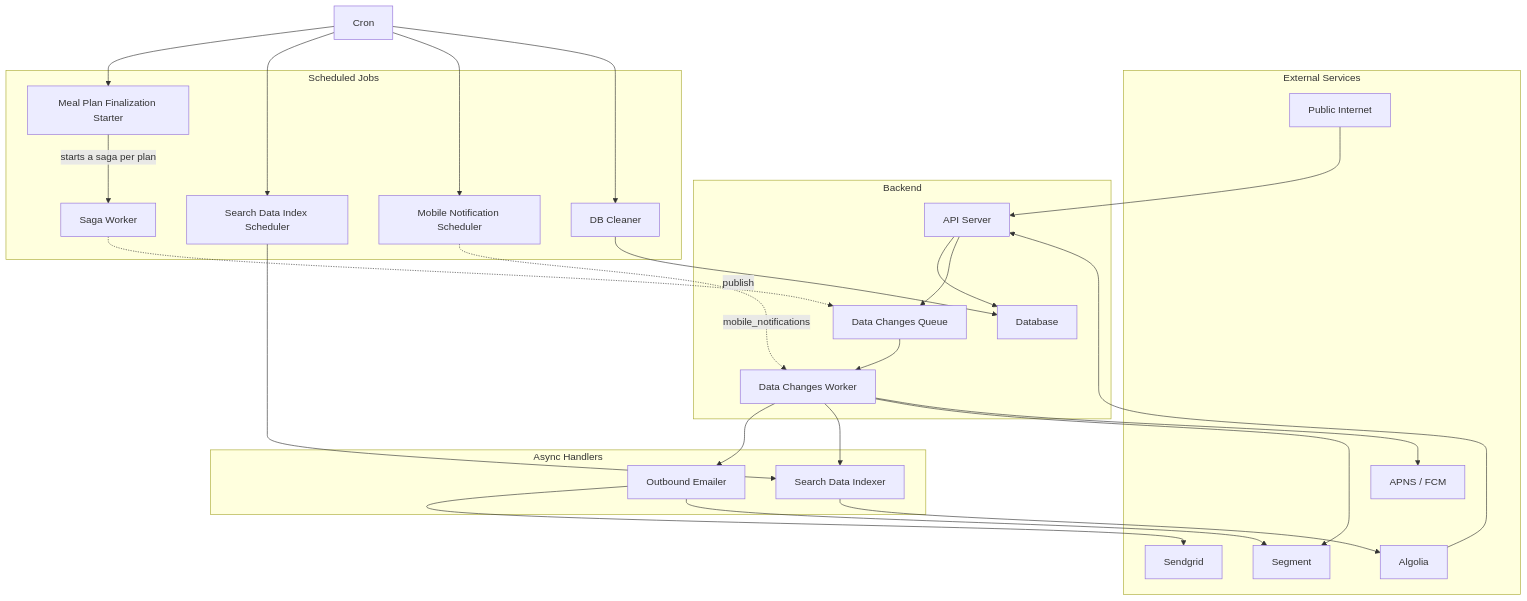
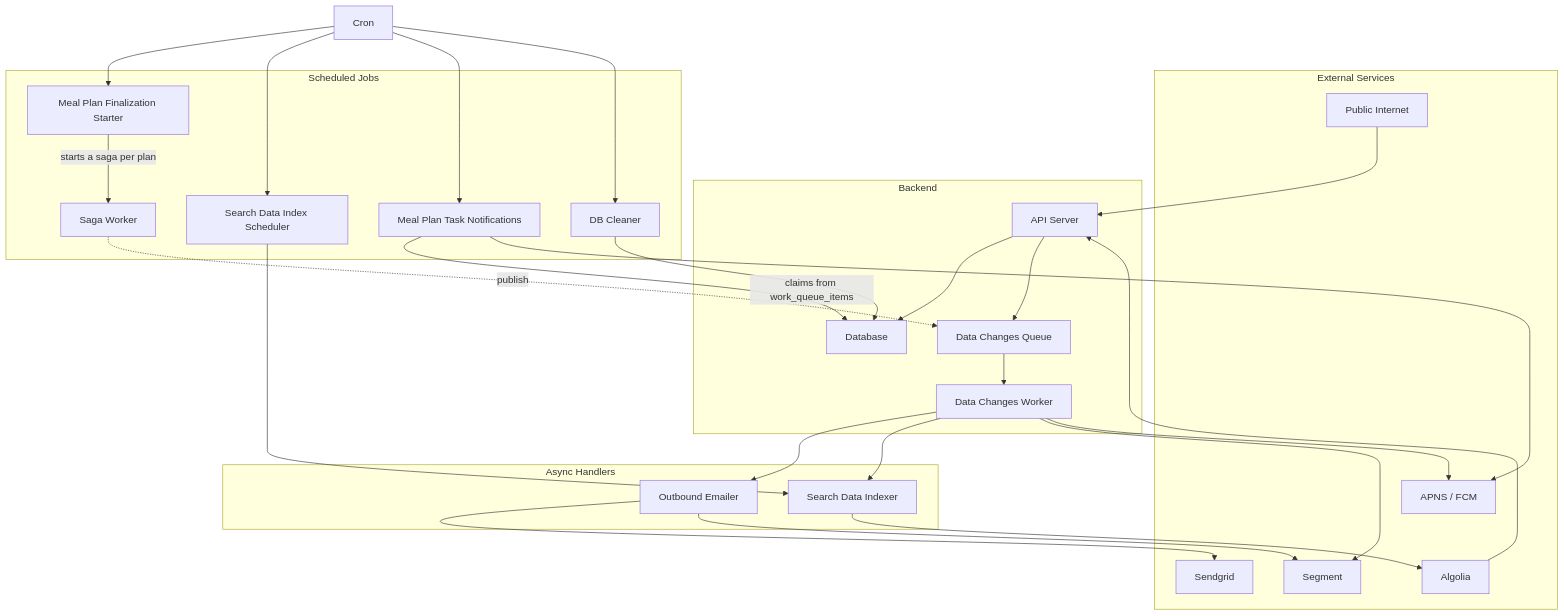
Before and after one commit to primandproper/dinnerdonebetter: the diagram in backend/README.md, drawn with Mermaid. The commit also changed 42 other files, not shown here.

Commit message:
Adopt workqueue for meal plan task notifications (#1402)

````diff
--- a/backend/README.md
+++ b/backend/README.md
@@ -104,56 +104,57 @@
 ```mermaid
 flowchart TB
     subgraph External["External Services"]
         PublicInternet["Public Internet"]
         Sendgrid["Sendgrid"]
         Segment["Segment"]
         Algolia["Algolia"]
         APNS["APNS / FCM"]
     end
 
     subgraph Backend["Backend"]
         APIServer["API Server"]
         Database["Database"]
         DataChangesQueue["Data Changes Queue"]
         DataChangesWorker["Data Changes Worker"]
     end
 
     subgraph CronJobs["Scheduled Jobs"]
         MealPlanFinalizationStarter["Meal Plan Finalization Starter"]
         SagaWorker["Saga Worker"]
         SearchDataIndexScheduler["Search Data Index Scheduler"]
-        MobileNotificationScheduler["Mobile Notification Scheduler"]
+        MealPlanTaskNotifications["Meal Plan Task Notifications"]
         DBCleaner["DB Cleaner"]
     end
 
     subgraph AsyncHandlers["Async Handlers"]
         OutboundEmailer["Outbound Emailer"]
         SearchDataIndexer["Search Data Indexer"]
     end
 
     Cron["Cron"] --> MealPlanFinalizationStarter
     Cron --> SearchDataIndexScheduler
-    Cron --> MobileNotificationScheduler
+    Cron --> MealPlanTaskNotifications
     Cron --> DBCleaner
 
     MealPlanFinalizationStarter -->|starts a saga per plan| SagaWorker
     SagaWorker -.->|publish| DataChangesQueue
 
     DataChangesQueue --> DataChangesWorker
     DataChangesWorker --> OutboundEmailer
     DataChangesWorker --> SearchDataIndexer
     DataChangesWorker --> Segment
 
     SearchDataIndexScheduler --> SearchDataIndexer
-    MobileNotificationScheduler -.->|mobile_notifications| DataChangesWorker
+    MealPlanTaskNotifications -->|claims from work_queue_items| Database
+    MealPlanTaskNotifications --> APNS
     SearchDataIndexer --> Algolia
     OutboundEmailer --> Sendgrid
     OutboundEmailer --> Segment
     DataChangesWorker --> APNS
 
     DBCleaner --> Database
     APIServer --> Database
     APIServer --> DataChangesQueue
     Algolia --> APIServer
     PublicInternet --> APIServer
 ```
````
